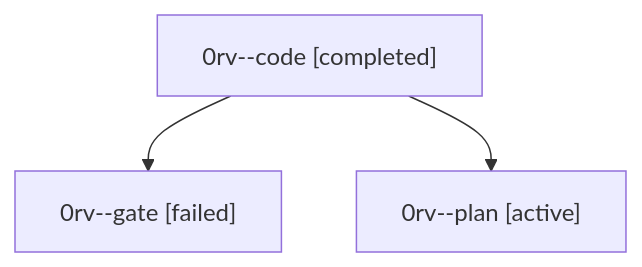
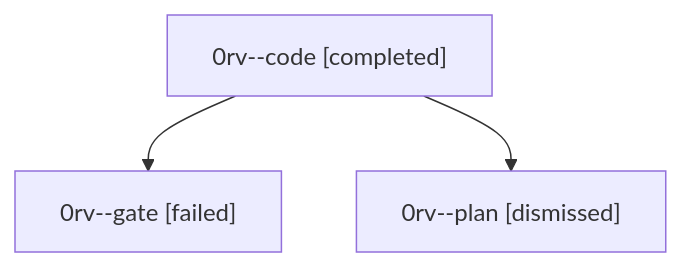
The diagram in sessions/bbugyi200.athena.0rv.md (sase-org/sase--agents), drawn with Mermaid before and after one commit. The commit also changed other lines of this file and 43 other files, not shown here.

````diff
--- a/sessions/bbugyi200.athena.0rv.md
+++ b/sessions/bbugyi200.athena.0rv.md
@@ -9,8 +9,8 @@
 ```mermaid
 flowchart TD
   n0["0rv--code [completed]"]
   n1["0rv--gate [failed]"]
   n0 --> n1
-  n2["0rv--plan [active]"]
+  n2["0rv--plan [dismissed]"]
   n0 --> n2
 ```
````
